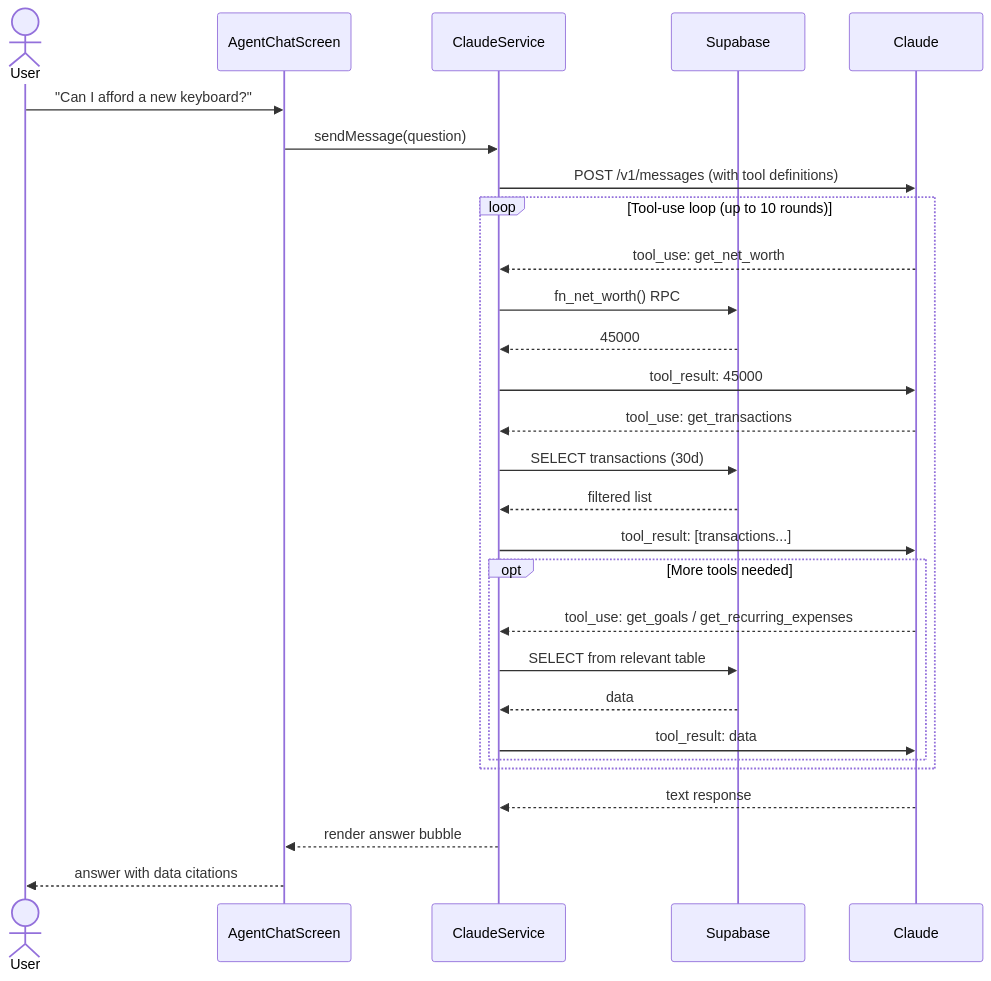
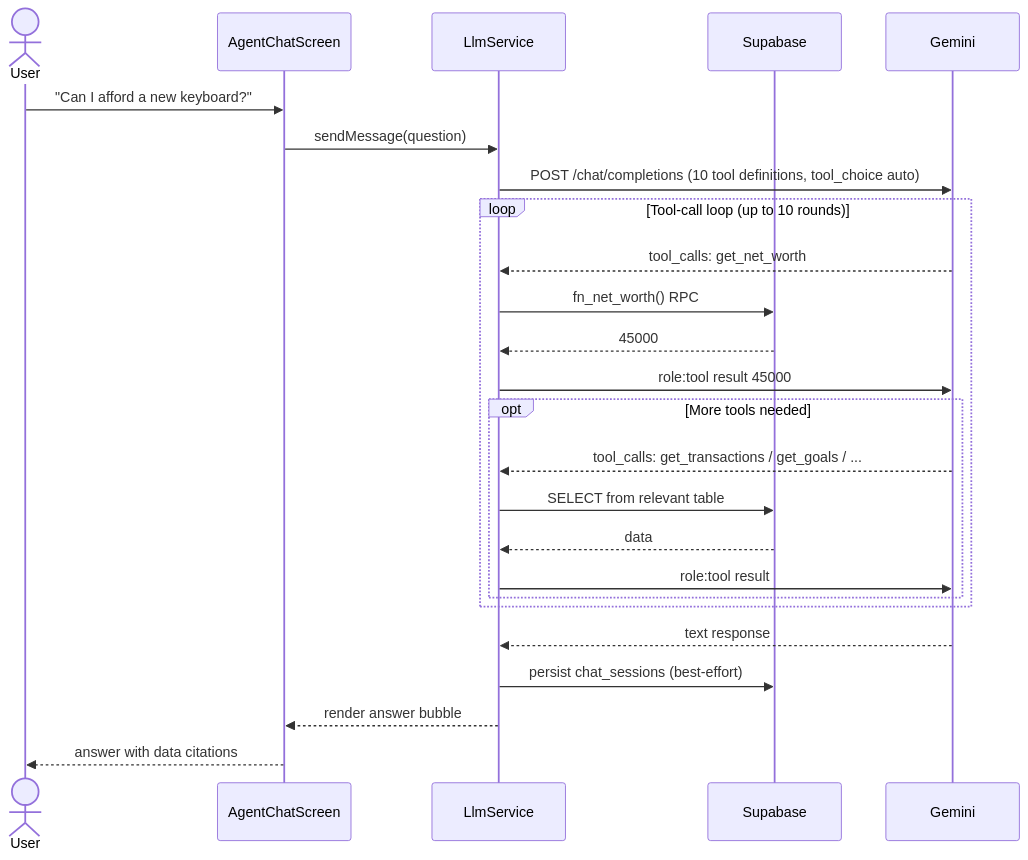
Before and after one commit to maybemnv/Financial-Tracker: the fifth of 5 diagrams in docs/ARCHITECTURE.md, drawn with Mermaid. The commit also changed other lines of this file and 8 other files, not shown here.

````diff
--- a/docs/ARCHITECTURE.md
+++ b/docs/ARCHITECTURE.md
@@ -171,35 +173,31 @@
 ```mermaid
 sequenceDiagram
     actor User
     participant App as AgentChatScreen
-    participant CS as ClaudeService
+    participant LS as LlmService
     participant Supabase
-    participant Claude
+    participant Gemini
 
     User->>App: "Can I afford a new keyboard?"
-    App->>CS: sendMessage(question)
-    CS->>Claude: POST /v1/messages (with tool definitions)
+    App->>LS: sendMessage(question)
+    LS->>Gemini: POST /chat/completions (10 tool definitions, tool_choice auto)
 
-    loop Tool-use loop (up to 10 rounds)
-        Claude-->>CS: tool_use: get_net_worth
-        CS->>Supabase: fn_net_worth() RPC
-        Supabase-->>CS: 45000
-        CS->>Claude: tool_result: 45000
-
-        Claude-->>CS: tool_use: get_transactions
-        CS->>Supabase: SELECT transactions (30d)
-        Supabase-->>CS: filtered list
-        CS->>Claude: tool_result: [transactions...]
+    loop Tool-call loop (up to 10 rounds)
+        Gemini-->>LS: tool_calls: get_net_worth
+        LS->>Supabase: fn_net_worth() RPC
+        Supabase-->>LS: 45000
+        LS->>Gemini: role:tool result 45000
 
         opt More tools needed
-            Claude-->>CS: tool_use: get_goals / get_recurring_expenses
-            CS->>Supabase: SELECT from relevant table
-            Supabase-->>CS: data
-            CS->>Claude: tool_result: data
+            Gemini-->>LS: tool_calls: get_transactions / get_goals / ...
+            LS->>Supabase: SELECT from relevant table
+            Supabase-->>LS: data
+            LS->>Gemini: role:tool result
         end
     end
 
-    Claude-->>CS: text response
-    CS-->>App: render answer bubble
+    Gemini-->>LS: text response
+    LS->>Supabase: persist chat_sessions (best-effort)
+    LS-->>App: render answer bubble
     App-->>User: answer with data citations
 ```
````
